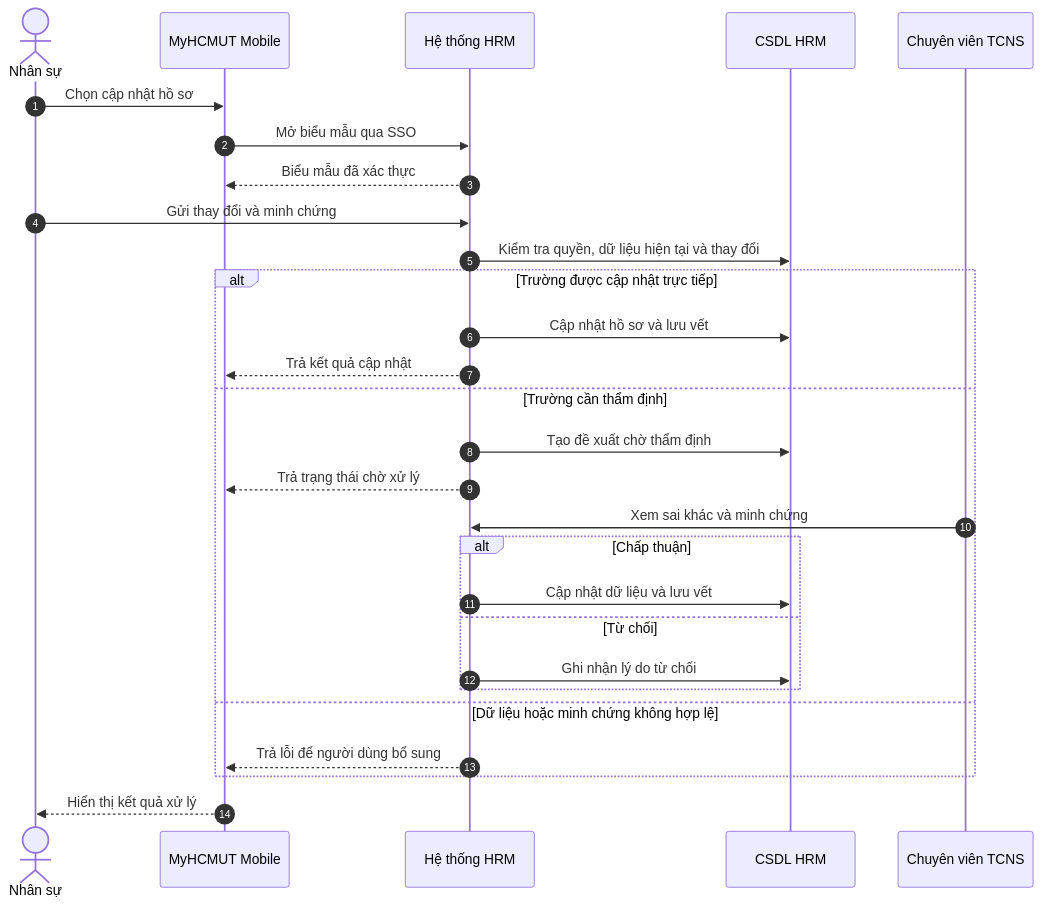
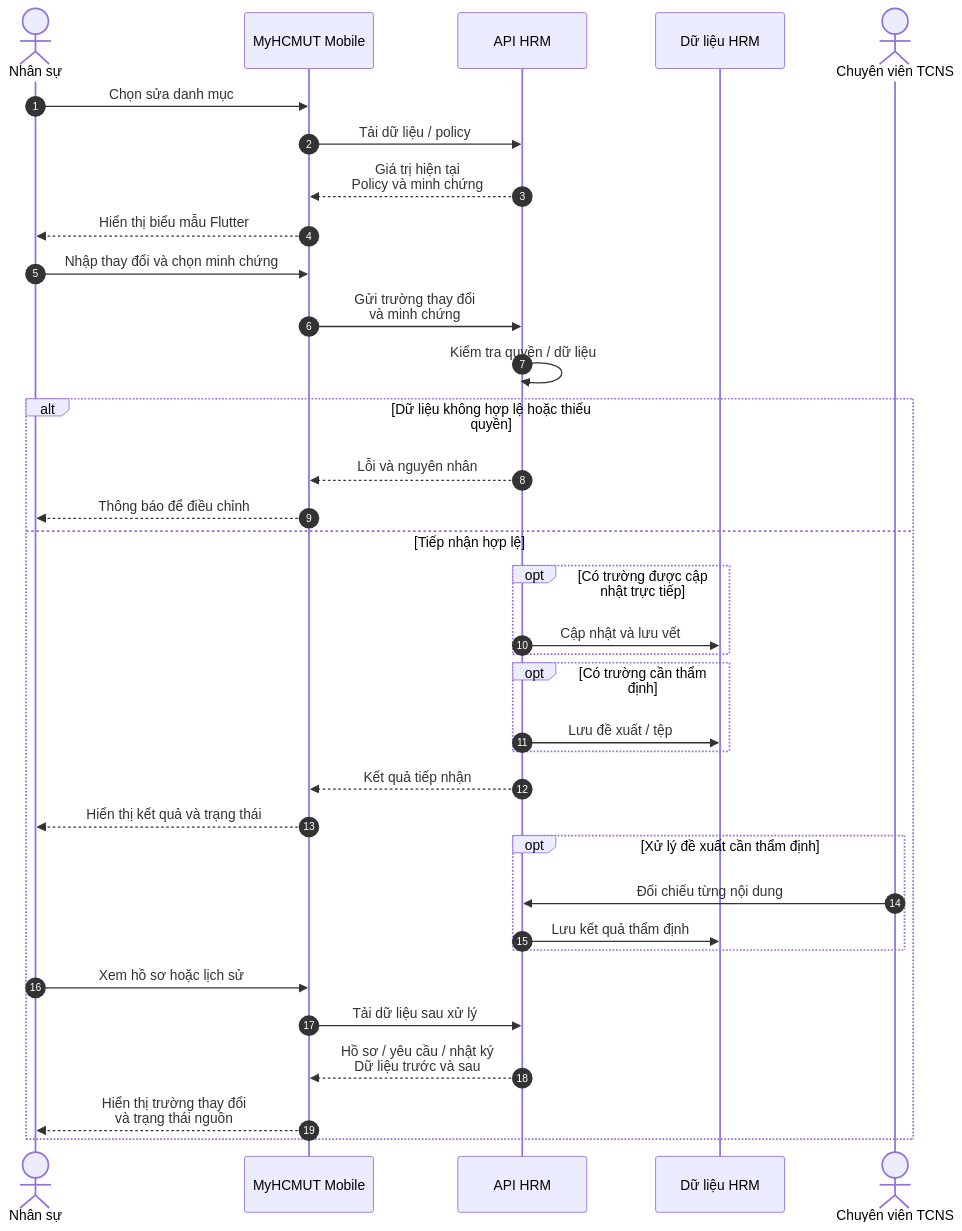
One commit to xchinh/Report-DATN changed the diagram in image/uml/seq_profile_request.mmd. Above: the diagram before and after it, drawn with Mermaid. The commit also changed 42 other files, not shown here.

```diff
--- a/image/uml/seq_profile_request.mmd
+++ b/image/uml/seq_profile_request.mmd
@@ -1,29 +1,35 @@
 sequenceDiagram
-    autonumber
-    actor User as Nhân sự
-    participant App as MyHCMUT Mobile
-    participant HRM as Hệ thống HRM
-    participant DB as CSDL HRM
-    participant Reviewer as Chuyên viên TCNS
-
-    User->>App: Chọn cập nhật hồ sơ
-    App->>HRM: Mở biểu mẫu qua SSO
-    HRM-->>App: Biểu mẫu đã xác thực
-    User->>HRM: Gửi thay đổi và minh chứng
-    HRM->>DB: Kiểm tra quyền, dữ liệu hiện tại và thay đổi
-    alt Trường được cập nhật trực tiếp
-        HRM->>DB: Cập nhật hồ sơ và lưu vết
-        HRM-->>App: Trả kết quả cập nhật
-    else Trường cần thẩm định
-        HRM->>DB: Tạo đề xuất chờ thẩm định
-        HRM-->>App: Trả trạng thái chờ xử lý
-        Reviewer->>HRM: Xem sai khác và minh chứng
-        alt Chấp thuận
-            HRM->>DB: Cập nhật dữ liệu và lưu vết
-        else Từ chối
-            HRM->>DB: Ghi nhận lý do từ chối
-        end
-    else Dữ liệu hoặc minh chứng không hợp lệ
-        HRM-->>App: Trả lỗi để người dùng bổ sung
-    end
-    App-->>User: Hiển thị kết quả xử lý
+ autonumber
+ actor User as Nhân sự
+ participant App as MyHCMUT Mobile
+ participant HRM as API HRM
+ participant DB as Dữ liệu HRM
+ actor Reviewer as Chuyên viên TCNS
+ User->>App: Chọn sửa danh mục
+ App->>HRM: Tải dữ liệu / policy
+ HRM-->>App: Giá trị hiện tại<br/>Policy và minh chứng
+ App-->>User: Hiển thị biểu mẫu Flutter
+ User->>App: Nhập thay đổi và chọn minh chứng
+ App->>HRM: Gửi trường thay đổi<br/>và minh chứng
+ HRM->>HRM: Kiểm tra quyền / dữ liệu
+ alt Dữ liệu không hợp lệ hoặc thiếu quyền
+  HRM-->>App: Lỗi và nguyên nhân
+  App-->>User: Thông báo để điều chỉnh
+ else Tiếp nhận hợp lệ
+  opt Có trường được cập nhật trực tiếp
+   HRM->>DB: Cập nhật và lưu vết
+  end
+  opt Có trường cần thẩm định
+   HRM->>DB: Lưu đề xuất / tệp
+  end
+  HRM-->>App: Kết quả tiếp nhận
+  App-->>User: Hiển thị kết quả và trạng thái
+  opt Xử lý đề xuất cần thẩm định
+   Reviewer->>HRM: Đối chiếu từng nội dung
+   HRM->>DB: Lưu kết quả thẩm định
+  end
+  User->>App: Xem hồ sơ hoặc lịch sử
+  App->>HRM: Tải dữ liệu sau xử lý
+  HRM-->>App: Hồ sơ / yêu cầu / nhật ký<br/>Dữ liệu trước và sau
+  App-->>User: Hiển thị trường thay đổi<br/>và trạng thái nguồn
+ end
```
